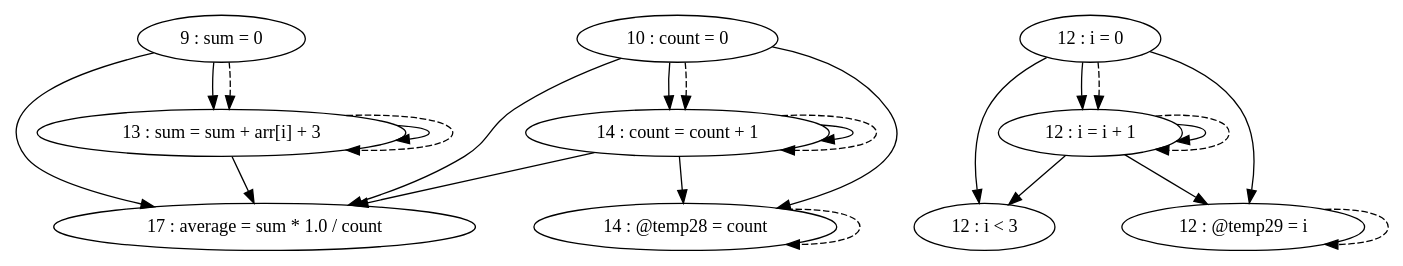
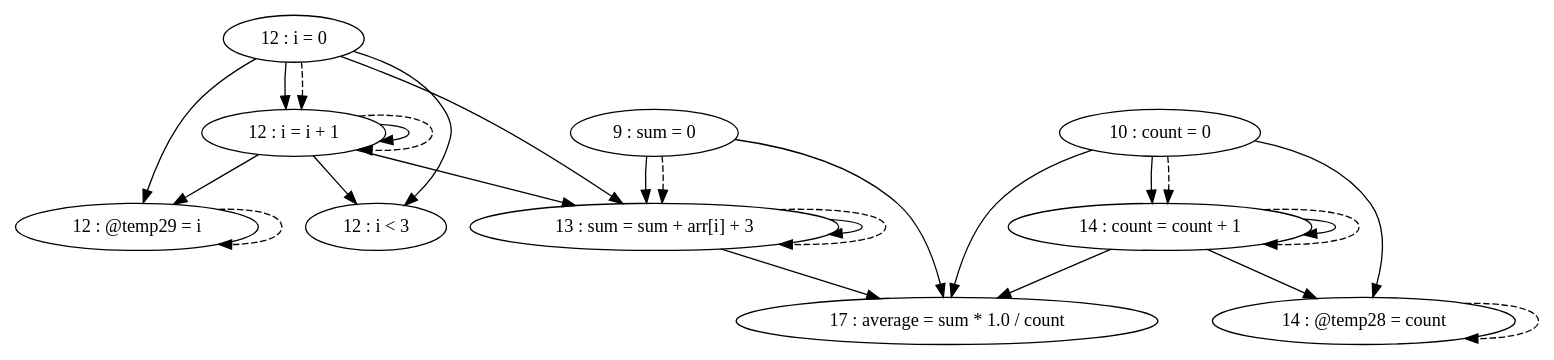
The diagram in pdg/source/testFiles/TestCases/TestCase7/TestCase7-test1.gv (thomassimko/thesis-code-duplication), drawn with Graphviz before and after one commit. The commit also changed 33 other files, not shown here.

```diff
--- a/pdg/source/testFiles/TestCases/TestCase7/TestCase7-test1.gv
+++ b/pdg/source/testFiles/TestCases/TestCase7/TestCase7-test1.gv
@@ -1,36 +1,38 @@
 digraph G {
 "9 : sum = 0"
 "9 : sum = 0" -> "17 : average = sum * 1.0 / count"
 "9 : sum = 0" -> "13 : sum = sum + arr[i] + 3"
 "9 : sum = 0" -> "13 : sum = sum + arr[i] + 3" [style=dashed]
 "10 : count = 0"
 "10 : count = 0" -> "14 : @temp28 = count"
 "10 : count = 0" -> "17 : average = sum * 1.0 / count"
 "10 : count = 0" -> "14 : count = count + 1"
 "10 : count = 0" -> "14 : count = count + 1" [style=dashed]
 "12 : i = 0"
 "12 : i = 0" -> "12 : i < 3"
 "12 : i = 0" -> "12 : @temp29 = i"
+"12 : i = 0" -> "13 : sum = sum + arr[i] + 3"
 "12 : i = 0" -> "12 : i = i + 1"
 "12 : i = 0" -> "12 : i = i + 1" [style=dashed]
 "12 : i < 3"
 "13 : sum = sum + arr[i] + 3"
 "13 : sum = sum + arr[i] + 3" -> "17 : average = sum * 1.0 / count"
 "13 : sum = sum + arr[i] + 3" -> "13 : sum = sum + arr[i] + 3"
 "13 : sum = sum + arr[i] + 3" -> "13 : sum = sum + arr[i] + 3" [style=dashed]
 "14 : @temp28 = count"
 "14 : @temp28 = count" -> "14 : @temp28 = count" [style=dashed]
 "14 : count = count + 1"
 "14 : count = count + 1" -> "14 : @temp28 = count"
 "14 : count = count + 1" -> "17 : average = sum * 1.0 / count"
 "14 : count = count + 1" -> "14 : count = count + 1"
 "14 : count = count + 1" -> "14 : count = count + 1" [style=dashed]
 "12 : @temp29 = i"
 "12 : @temp29 = i" -> "12 : @temp29 = i" [style=dashed]
 "12 : i = i + 1"
 "12 : i = i + 1" -> "12 : i < 3"
 "12 : i = i + 1" -> "12 : @temp29 = i"
+"12 : i = i + 1" -> "13 : sum = sum + arr[i] + 3"
 "12 : i = i + 1" -> "12 : i = i + 1"
 "12 : i = i + 1" -> "12 : i = i + 1" [style=dashed]
 "17 : average = sum * 1.0 / count"
 }
```
